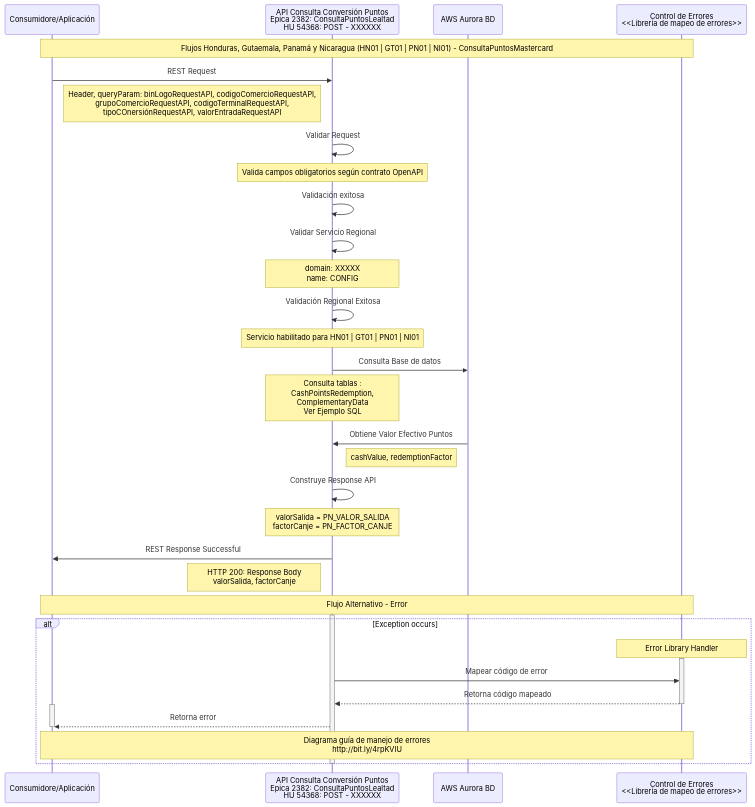
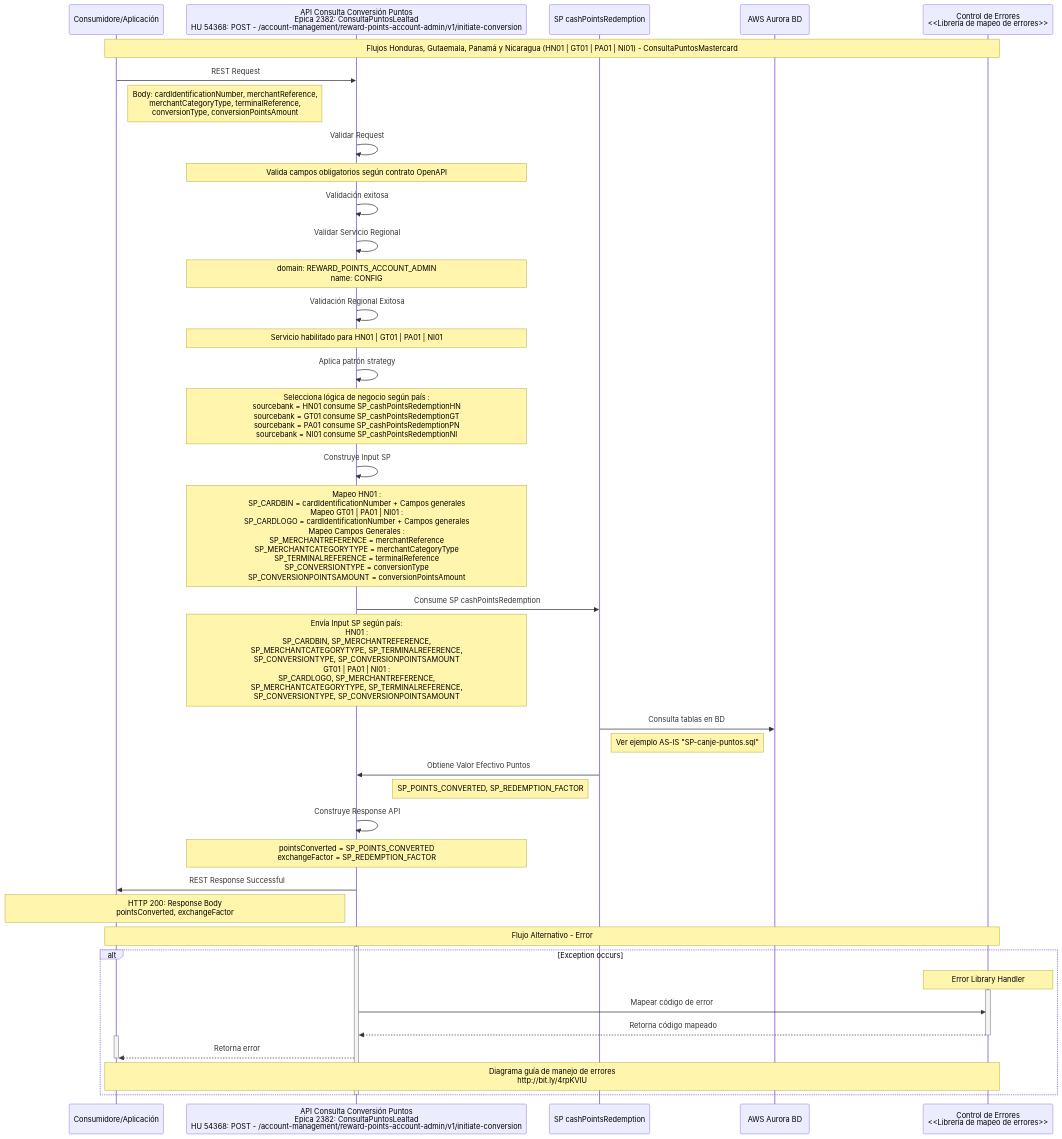
The diagram in ZMigrationFeature/ConsultaPuntosLealtad/TO-BE-54368-04-Secuencia-XRS-P2.mmd (jmolano10/ficohsa-capa-media), drawn with Mermaid before and after one commit. The commit also changed 2 other files, not shown here.

Commit message:
feat(migration): update loyalty points sequence diagrams for ConsultaPuntosLealtad and RedencionPuntosLealtad
- Refactor ConsultaPuntosLealtad sequence to use stored procedures (SP) via strategy pattern for HN01, GT01, PA01, NI01
- Correct country code from PN01 to PA01 and update field mappings (e.g., valorSalida to pointsConverted, factorCanje to exchangeFactor)
- Update API endpoint and validation details to align with /account-management/reward-points-account-admin/v1/initiate-conversion
- Minor adjustments to RedencionPuntosLealtad sequence for Vision Plus wrapper mapping
- Changes support migration to improved DB interaction and regional logic handling for better maintainability and accuracy

```diff
--- a/ZMigrationFeature/ConsultaPuntosLealtad/TO-BE-54368-04-Secuencia-XRS-P2.mmd
+++ b/ZMigrationFeature/ConsultaPuntosLealtad/TO-BE-54368-04-Secuencia-XRS-P2.mmd
@@ -1,49 +1,59 @@
 
 sequenceDiagram
     participant Consumidor as Consumidore/Aplicación
-    participant API as API Consulta Conversión Puntos <br> Epica 2382: ConsultaPuntosLealtad <br> HU 54368:  POST - XXXXXX
+    participant API as API Consulta Conversión Puntos <br> Epica 2382: ConsultaPuntosLealtad <br> HU 54368:  POST - /account-management/reward-points-account-admin/v1/initiate-conversion
+    participant SP as SP cashPointsRedemption
     participant BD as AWS Aurora BD 
     participant Errors as Control de Errores <br> <<Librería de mapeo de errores>>
     
-    Note over Consumidor, Errors: Flujos Honduras, Gutaemala, Panamá y Nicaragua (HN01 | GT01 | PN01 | NI01) - ConsultaPuntosMastercard
+    Note over Consumidor, Errors: Flujos Honduras, Gutaemala, Panamá y Nicaragua (HN01 | GT01 | PA01 | NI01) - ConsultaPuntosMastercard
 
     Consumidor->>API: REST Request
-    Note right of Consumidor: Header, queryParam: binLogoRequestAPI, codigoComercioRequestAPI, <br> grupoComercioRequestAPI, codigoTerminalRequestAPI, <br> tipoCOnersiónRequestAPI, valorEntradaRequestAPI
+    Note right of Consumidor: Body: cardIdentificationNumber, merchantReference, <br> merchantCategoryType, terminalReference, <br> conversionType, conversionPointsAmount
 
     API->>API: Validar Request
     Note over API: Valida campos obligatorios según contrato OpenAPI 
 
     API->>API: Validación exitosa
 
     API->>API: Validar Servicio Regional
-    Note over API: domain: XXXXX <br> name: CONFIG
+    Note over API: domain: REWARD_POINTS_ACCOUNT_ADMIN <br> name: CONFIG
 
     API->>API: Validación Regional Exitosa
-    Note over API: Servicio habilitado para HN01 | GT01 | PN01 | NI01
+    Note over API: Servicio habilitado para HN01 | GT01 | PA01 | NI01
 
-    API->>BD: Consulta Base de datos
-    Note over API: Consulta tablas : <br> CashPointsRedemption, <br> ComplementaryData <br> Ver Ejemplo SQL
+    API->>API: Aplica patrón strategy
+    Note over API: Selecciona lógica de negocio según país : <br> sourcebank = HN01 consume SP_cashPointsRedemptionHN <br> sourcebank = GT01 consume SP_cashPointsRedemptionGT <br> sourcebank = PA01 consume SP_cashPointsRedemptionPN <br> sourcebank = NI01 consume SP_cashPointsRedemptionNI
+
+    API->>API: Construye Input SP
+    Note over API: Mapeo HN01 : <br> SP_CARDBIN = cardIdentificationNumber + Campos generales <br> Mapeo GT01 | PA01 | NI01 : <br> SP_CARDLOGO = cardIdentificationNumber + Campos generales  <br> Mapeo Campos Generales : <br> SP_MERCHANTREFERENCE = merchantReference <br> SP_MERCHANTCATEGORYTYPE = merchantCategoryType <br> SP_TERMINALREFERENCE = terminalReference <br> SP_CONVERSIONTYPE = conversionType <br> SP_CONVERSIONPOINTSAMOUNT = conversionPointsAmount
+
+    API->>SP: Consume SP cashPointsRedemption
+    Note over API: Envía Input SP según país: <br> HN01 : <br> SP_CARDBIN, SP_MERCHANTREFERENCE, <br> SP_MERCHANTCATEGORYTYPE, SP_TERMINALREFERENCE, <br> SP_CONVERSIONTYPE, SP_CONVERSIONPOINTSAMOUNT <br> GT01 | PA01 | NI01 : <br> SP_CARDLOGO, SP_MERCHANTREFERENCE, <br> SP_MERCHANTCATEGORYTYPE, SP_TERMINALREFERENCE, <br> SP_CONVERSIONTYPE, SP_CONVERSIONPOINTSAMOUNT
+
+    SP->>BD: Consulta tablas en BD
+    Note right of SP: Ver ejemplo AS-IS "SP-canje-puntos.sql"
     
-    BD->>API: Obtiene Valor Efectivo Puntos
-    Note left of BD: cashValue, redemptionFactor
+    SP->>API: Obtiene Valor Efectivo Puntos
+    Note left of SP: SP_POINTS_CONVERTED, SP_REDEMPTION_FACTOR
 
     API->>API: Construye Response API
-    Note over API: valorSalida = PN_VALOR_SALIDA <br> factorCanje = PN_FACTOR_CANJE 
+    Note over API: pointsConverted = SP_POINTS_CONVERTED <br> exchangeFactor = SP_REDEMPTION_FACTOR
 
     API->>Consumidor: REST Response Successful
-    Note left of API: HTTP 200: Response Body <br> valorSalida, factorCanje
+    Note left of API: HTTP 200: Response Body <br> pointsConverted, exchangeFactor
 
     Note over Consumidor, Errors: Flujo Alternativo - Error
     activate API
     alt Exception occurs
         note over Errors: Error Library Handler
         activate Errors
             API->> Errors: Mapear código de error
             Errors -->> API: Retorna código mapeado
         deactivate Errors
         activate Consumidor
             API-->> Consumidor: Retorna error
         deactivate Consumidor
         Note over Consumidor,Errors: Diagrama guía de manejo de errores <br> http://bit.ly/4rpKVIU
     end
     deactivate API
```
